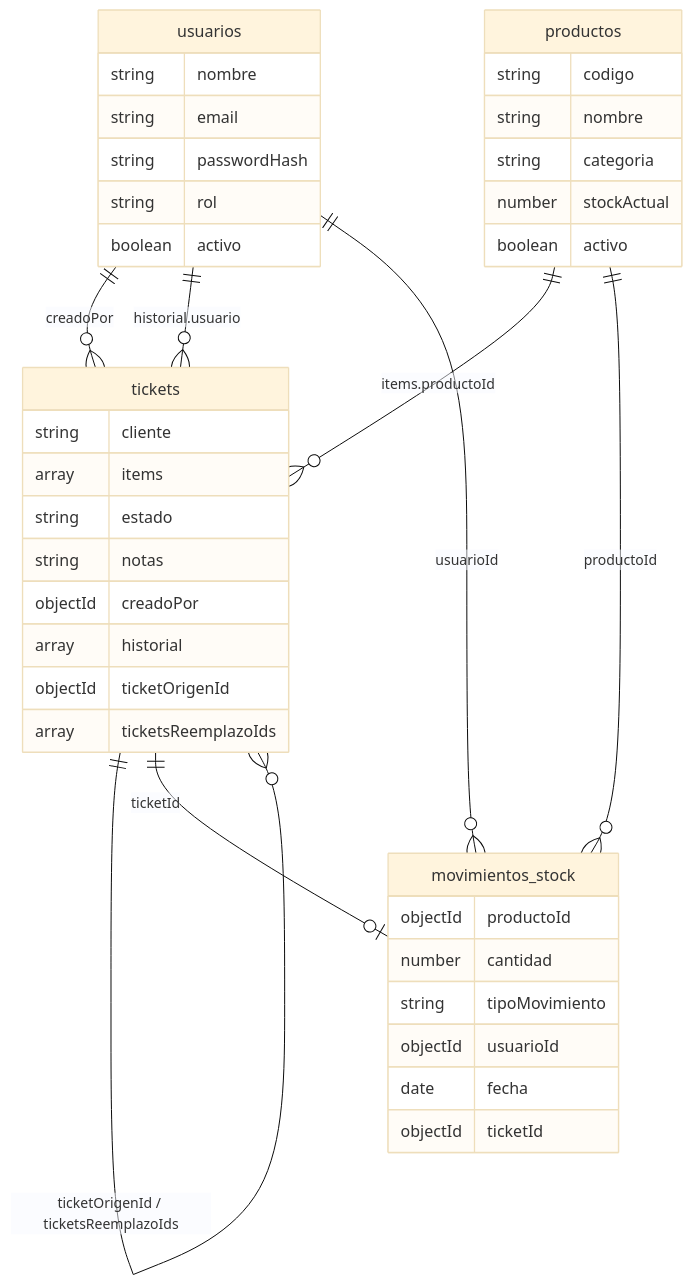
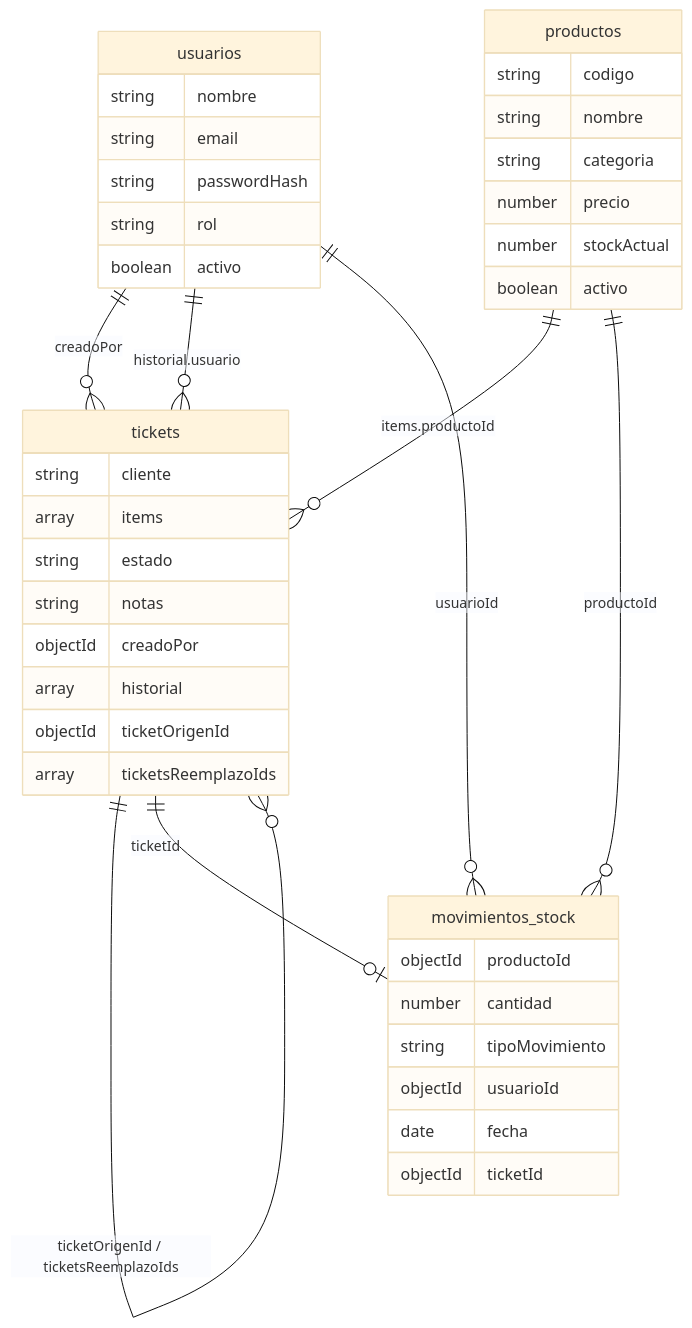
The second of 2 diagrams in docs/Majito_Esquema_Base_de_Datos_V2.md (Santir9515/majito), drawn with Mermaid (base theme) before and after one commit.

Commit message:
docs: agregar precio al diagrama de relaciones

````diff
--- a/docs/Majito_Esquema_Base_de_Datos_V2.md
+++ b/docs/Majito_Esquema_Base_de_Datos_V2.md
@@ -118,43 +118,44 @@
 ```mermaid
 erDiagram
     usuarios ||--o{ tickets : "creadoPor"
     usuarios ||--o{ tickets : "historial.usuario"
     productos ||--o{ tickets : "items.productoId"
     tickets ||--o{ tickets : "ticketOrigenId / ticketsReemplazoIds"
     productos ||--o{ movimientos_stock : "productoId"
     usuarios ||--o{ movimientos_stock : "usuarioId"
     tickets ||--o| movimientos_stock : "ticketId"
 
     usuarios {
         string nombre
         string email
         string passwordHash
         string rol
         boolean activo
     }
     productos {
         string codigo
         string nombre
         string categoria
+        number precio
         number stockActual
         boolean activo
     }
     tickets {
         string cliente
         array items
         string estado
         string notas
         objectId creadoPor
         array historial
         objectId ticketOrigenId
         array ticketsReemplazoIds
     }
     movimientos_stock {
         objectId productoId
         number cantidad
         string tipoMovimiento
         objectId usuarioId
         date fecha
         objectId ticketId
     }
 ```
````
